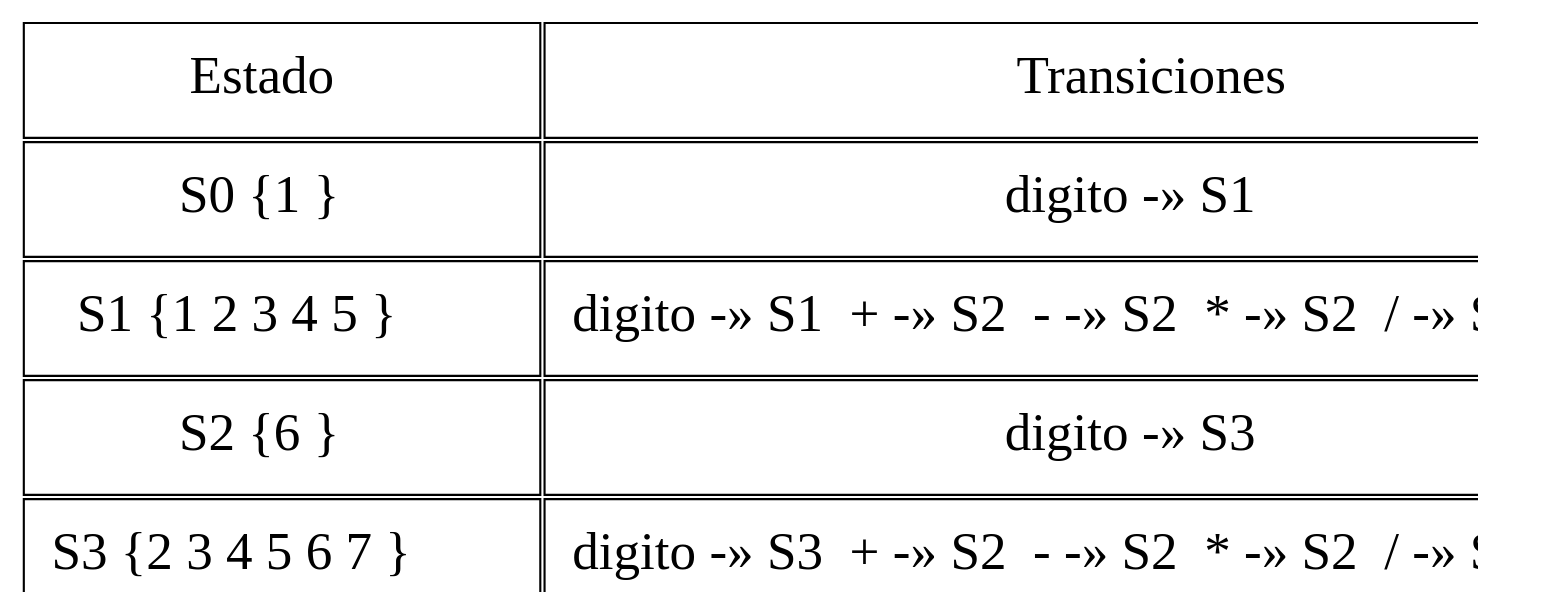
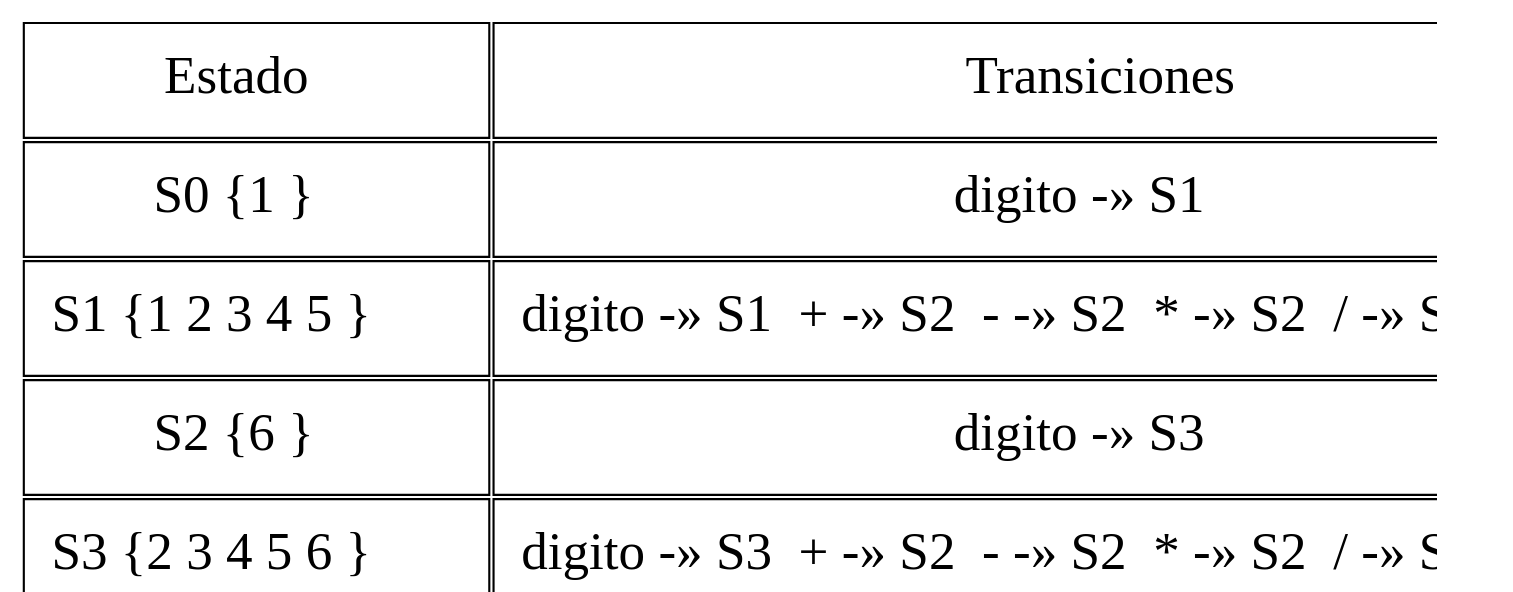
One commit to montherbasir/Practica1_OLC1 changed the diagram in trans_operaciones.dot. Above: the diagram before and after it, drawn with Graphviz. The commit also changed 26 other files, not shown here.

```diff
--- a/trans_operaciones.dot
+++ b/trans_operaciones.dot
@@ -1,14 +1,14 @@
 digraph {
 splines="line";
 rankdir = TB;
 node [shape=plain, height=0.5, width=1.5, fontsize=25];
 graph[dpi=90];
 
 N [label=<
 <table border="0" cellborder="1" cellpadding="12">
   <tr><td>Estado</td><td colspan="6">Transiciones</td></tr>  <tr><td>S0 {1 }</td><td>digito -» S1  </td></tr>
   <tr><td>S1 {1 2 3 4 5 }</td><td>digito -» S1  + -» S2  - -» S2  * -» S2  / -» S2  </td></tr>
   <tr><td>S2 {6 }</td><td>digito -» S3  </td></tr>
-  <tr><td>S3 {2 3 4 5 6 7 }</td><td>digito -» S3  + -» S2  - -» S2  * -» S2  / -» S2  </td></tr>
+  <tr><td>S3 {2 3 4 5 6 }</td><td>digito -» S3  + -» S2  - -» S2  * -» S2  / -» S2  </td></tr>
 </table>>];
 }
```
